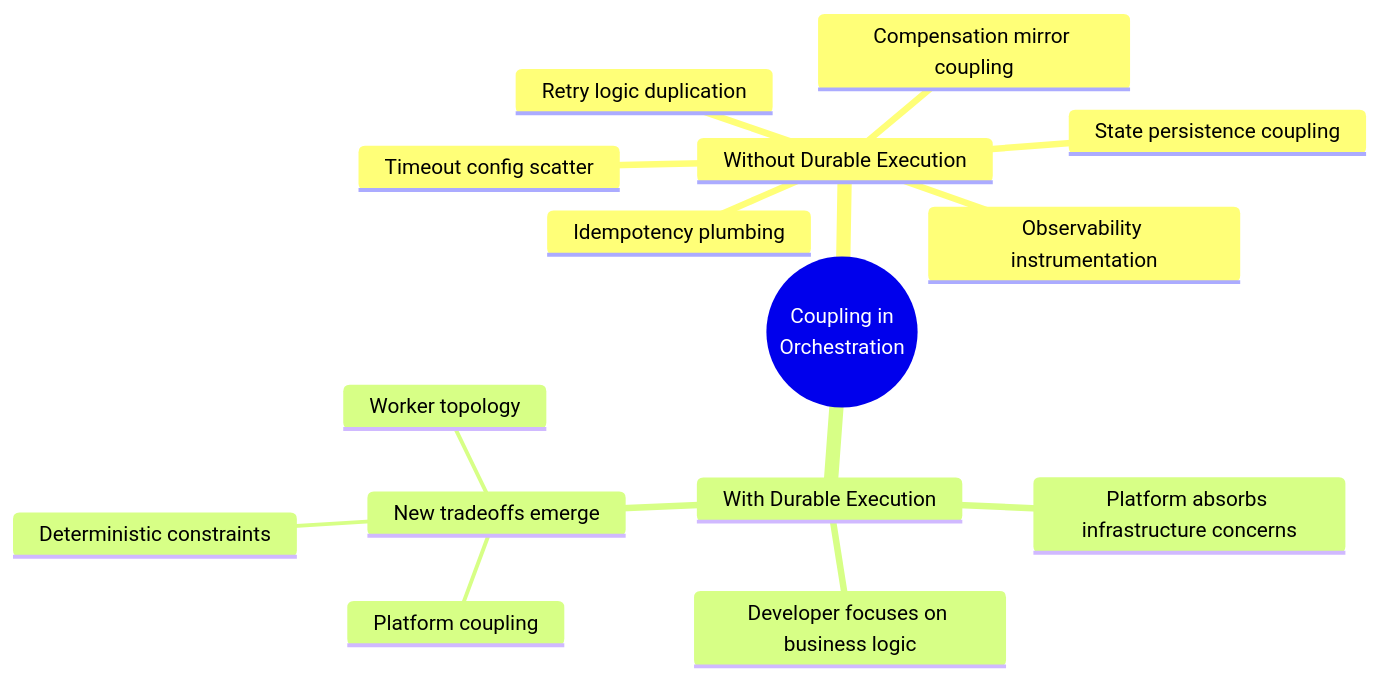
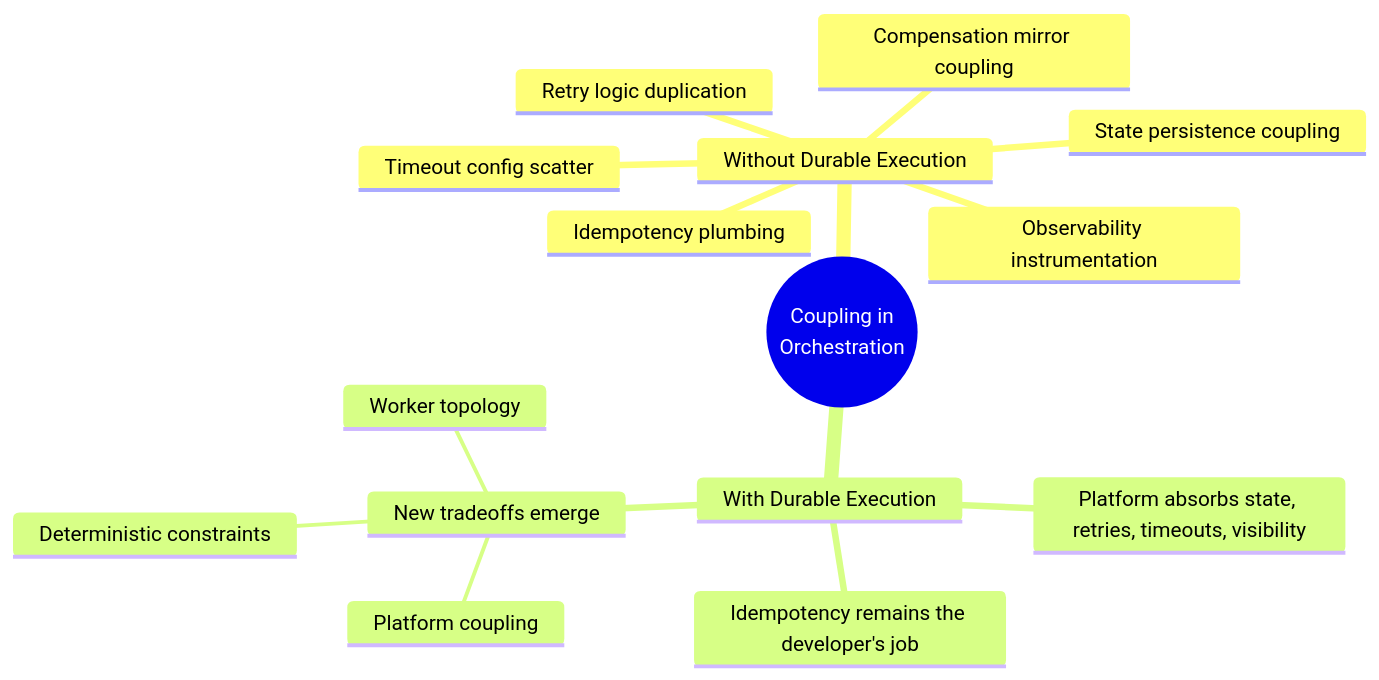
The first of 12 diagrams in durable-execution-orchestration.md (anaerobic/coupling), drawn with Mermaid before and after one commit. The commit also changed other lines of this file and 8 other files, not shown here.

````diff
--- a/durable-execution-orchestration.md
+++ b/durable-execution-orchestration.md
@@ -51,18 +48,18 @@
 ```mermaid
 mindmap
   root((Coupling in<br/>Orchestration))
     Without Durable Execution
       State persistence coupling
       Retry logic duplication
       Compensation mirror coupling
       Timeout config scatter
       Idempotency plumbing
       Observability instrumentation
     With Durable Execution
-      Platform absorbs infrastructure concerns
-      Developer focuses on business logic
+      Platform absorbs state, retries, timeouts, visibility
+      Idempotency remains the developer's job
       New tradeoffs emerge
         Platform coupling
         Deterministic constraints
         Worker topology
 ```
````
